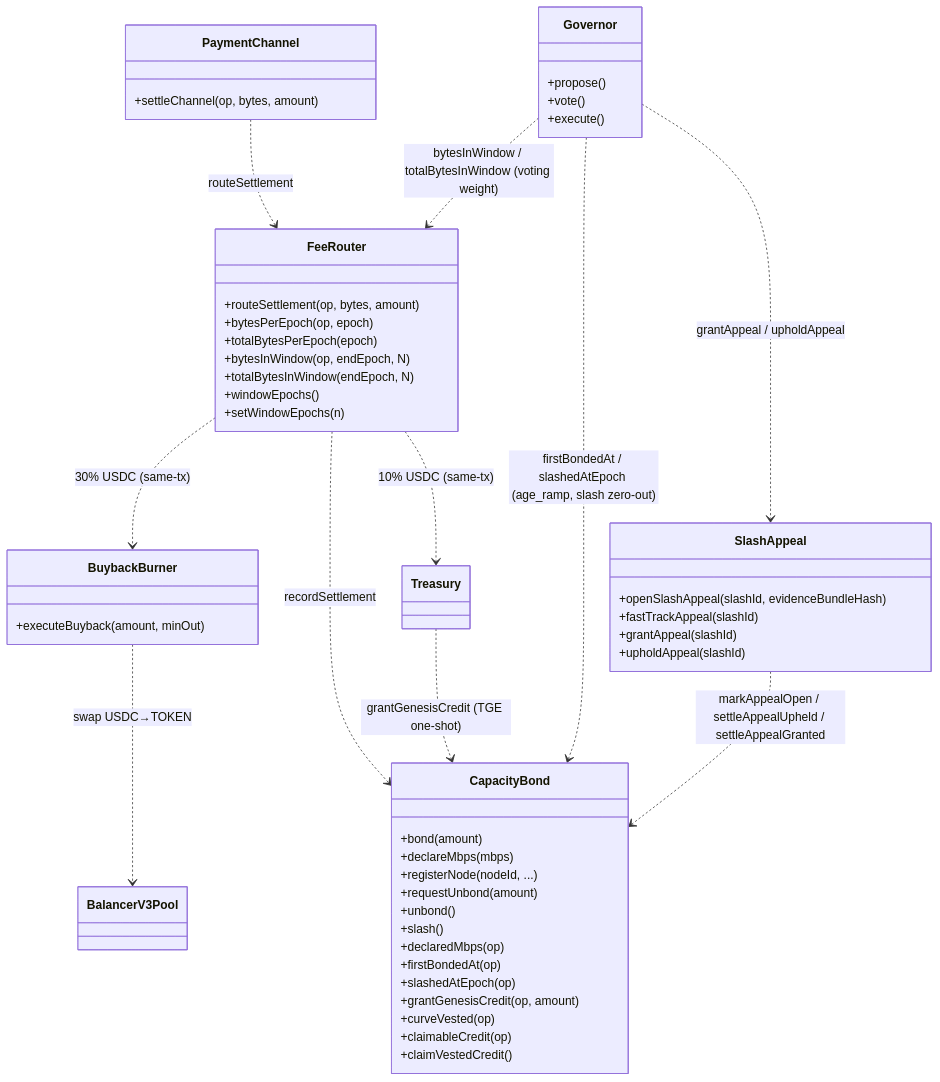
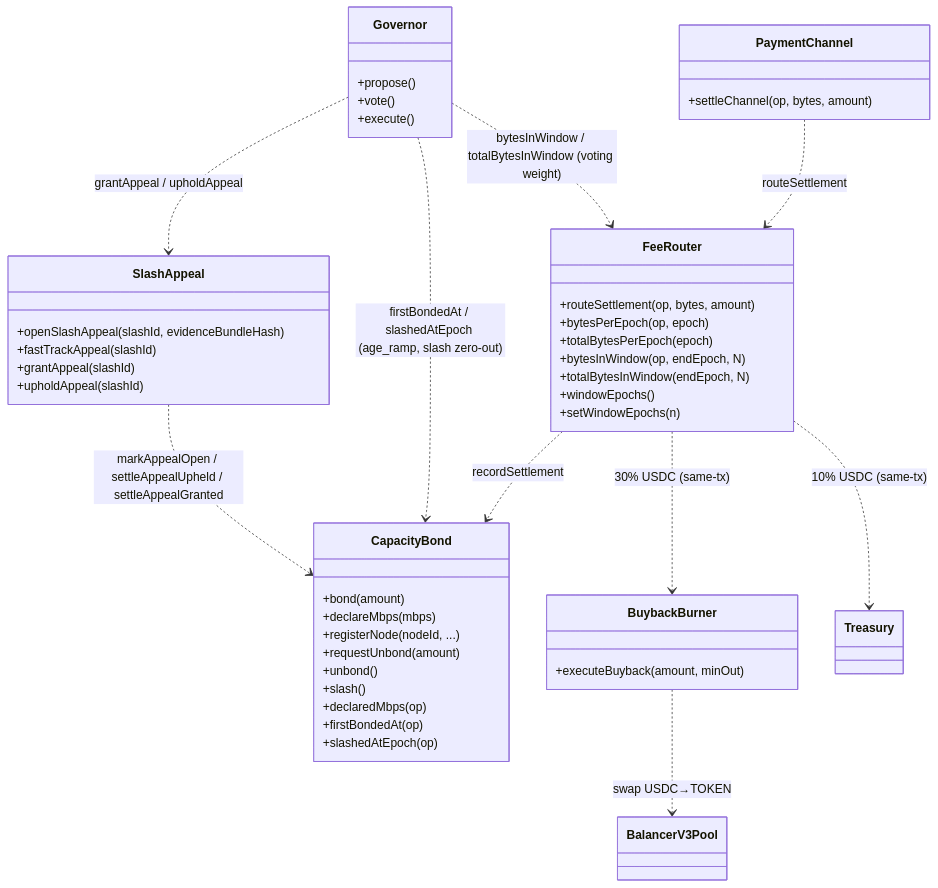
One commit to decdn/decdn changed the first of 5 diagrams in adr/016-contract-interactions.md. Above: the diagram before and after it, drawn with Mermaid. The commit also changed other lines of this file and 23 other files, not shown here.

First line of the commit message:
refactor(contracts): remove on-chain Genesis Bond Credit; update emission schedule (#799)

````diff
--- a/adr/016-contract-interactions.md
+++ b/adr/016-contract-interactions.md
@@ -39,57 +39,52 @@
 ```mermaid
 classDiagram
     class PaymentChannel {
         +settleChannel(op, bytes, amount)
     }
     class FeeRouter {
         +routeSettlement(op, bytes, amount)
         +bytesPerEpoch(op, epoch)
         +totalBytesPerEpoch(epoch)
         +bytesInWindow(op, endEpoch, N)
         +totalBytesInWindow(endEpoch, N)
         +windowEpochs()
         +setWindowEpochs(n)
     }
     class CapacityBond {
         +bond(amount)
         +declareMbps(mbps)
         +registerNode(nodeId, ...)
         +requestUnbond(amount)
         +unbond()
         +slash()
         +declaredMbps(op)
         +firstBondedAt(op)
         +slashedAtEpoch(op)
-        +grantGenesisCredit(op, amount)
-        +curveVested(op)
-        +claimableCredit(op)
-        +claimVestedCredit()
     }
     class BuybackBurner {
         +executeBuyback(amount, minOut)
     }
     class SlashAppeal {
         +openSlashAppeal(slashId, evidenceBundleHash)
         +fastTrackAppeal(slashId)
         +grantAppeal(slashId)
         +upholdAppeal(slashId)
     }
     class Governor {
         +propose()
         +vote()
         +execute()
     }
     class Treasury
     class BalancerV3Pool
 
     PaymentChannel ..> FeeRouter : routeSettlement
     FeeRouter ..> BuybackBurner : 30% USDC (same-tx)
     FeeRouter ..> Treasury : 10% USDC (same-tx)
     FeeRouter ..> CapacityBond : recordSettlement
     BuybackBurner ..> BalancerV3Pool : swap USDC→TOKEN
-    Treasury ..> CapacityBond : grantGenesisCredit (TGE one-shot)
     Governor ..> FeeRouter : bytesInWindow / totalBytesInWindow (voting weight)
     Governor ..> CapacityBond : firstBondedAt / slashedAtEpoch (age_ramp, slash zero-out)
     SlashAppeal ..> CapacityBond : markAppealOpen / settleAppealUpheld / settleAppealGranted
     Governor ..> SlashAppeal : grantAppeal / upholdAppeal
 ```
````
